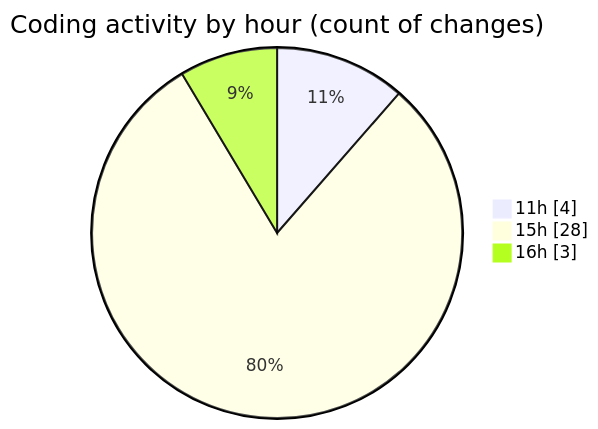
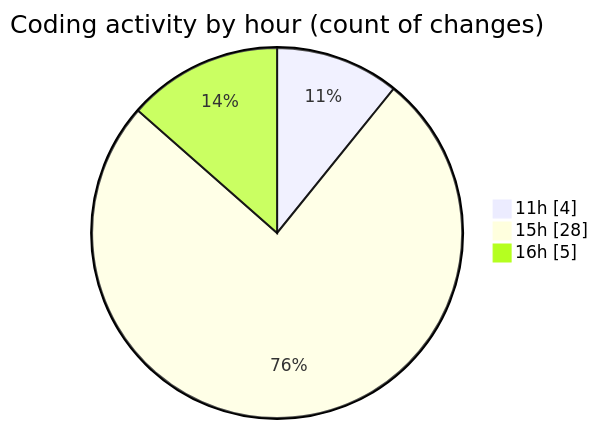
One commit to nxtqubesakshisongat/code-tracking changed the second of 2 diagrams in 2025-05-29/nxtqube_webapp/README.md. Above: the diagram before and after it, drawn with Mermaid. The commit also changed other lines of this file and 1 other file, not shown here.

````diff
--- a/2025-05-29/nxtqube_webapp/README.md
+++ b/2025-05-29/nxtqube_webapp/README.md
@@ -36,7 +37,7 @@
 ```mermaid
 pie showData
 title Coding activity by hour (count of changes)
 "11h" : 4
 "15h" : 28
-"16h" : 3
+"16h" : 5
 ```
````
